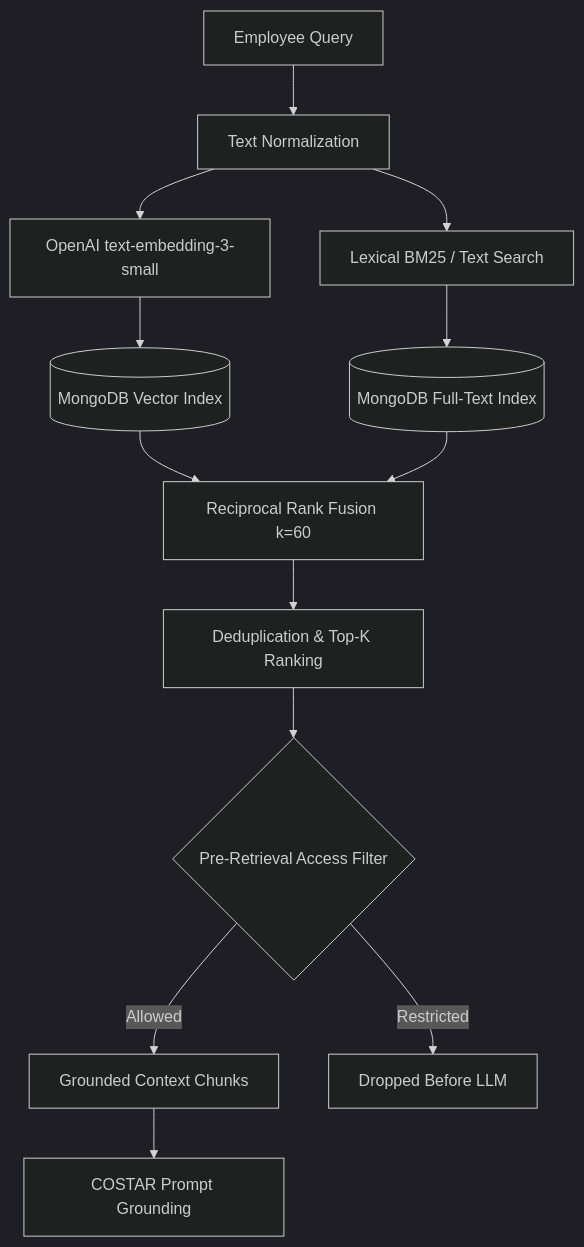
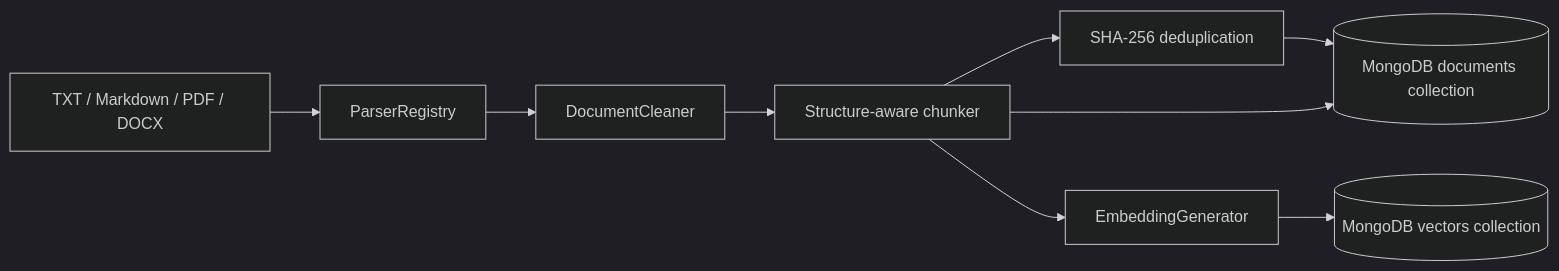
Before and after one commit to PS-Dev-Dadhania/IT-Operations: the third of 9 diagrams in README.md, drawn with Mermaid (dark theme). The commit also changed other lines of this file and 2963 other files, not shown here.

````diff
--- a/README.md
+++ b/README.md
@@ -212,15 +105,11 @@
 ```mermaid
-flowchart TD
-    Q[Employee Query] --> Norm[Text Normalization]
-    Norm --> Emb[OpenAI text-embedding-3-small]
-    Norm --> BM25[Lexical BM25 / Text Search]
-    Emb --> VecIdx[(MongoDB Vector Index)]
-    BM25 --> TextIdx[(MongoDB Full-Text Index)]
-    VecIdx --> RRF[Reciprocal Rank Fusion k=60]
-    TextIdx --> RRF
-    RRF --> Dedup[Deduplication & Top-K Ranking]
-    Dedup --> Filter{Pre-Retrieval Access Filter}
-    Filter -->|Allowed| Context[Grounded Context Chunks]
-    Filter -->|Restricted| Drop[Dropped Before LLM]
-    Context --> LLM[COSTAR Prompt Grounding]
+flowchart LR
+    Files[TXT / Markdown / PDF / DOCX] --> Parse[ParserRegistry]
+    Parse --> Clean[DocumentCleaner]
+    Clean --> Chunk[Structure-aware chunker]
+    Chunk --> Hash[SHA-256 deduplication]
+    Chunk --> Embed[EmbeddingGenerator]
+    Embed --> V[(MongoDB vectors collection)]
+    Hash --> Parent[(MongoDB documents collection)]
+    Chunk --> Parent
 ```
````
